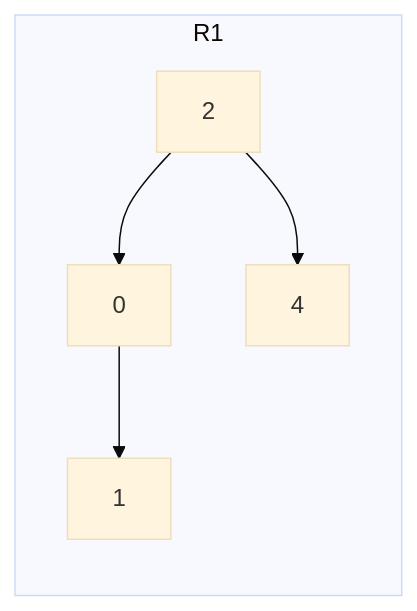
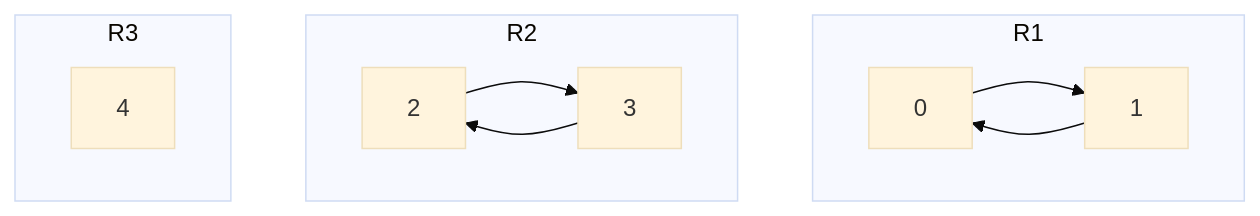
One commit to alkasher/Fibonacci_Heap changed the second of 2 diagrams in README.md. Above: the diagram before and after it, drawn with Mermaid (base theme).

````diff
--- a/README.md
+++ b/README.md
@@ -43,9 +43,14 @@
 ```mermaid
-graph LR
+graph TD
 subgraph R1
 A[0] --> B[1]
-C[2] --> A[0]
-C[2] --> E[4]
-
+B[1] --> A[0]
+end
+subgraph R2
+C[2] --> D[3]
+D[3] --> C[2]
+end
+subgraph R3
+E[4]
 end
 ```
````
